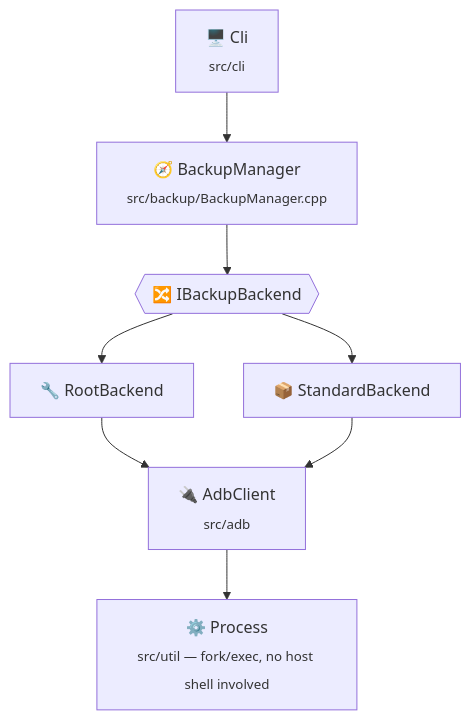
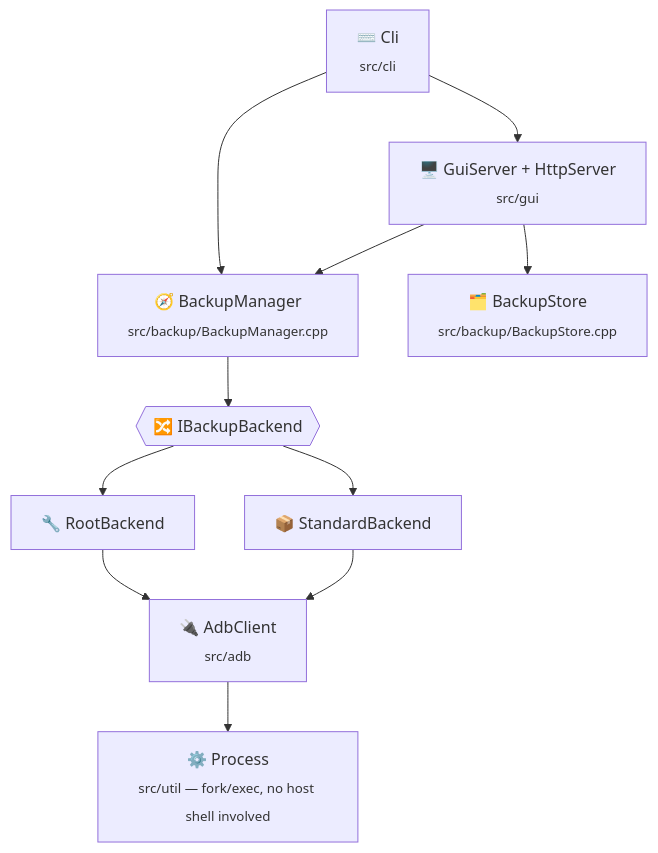
Before and after one commit to guillaume-behr/abp: the diagram in docs/ARCHITECTURE.md, drawn with Mermaid. The commit also changed other lines of this file and 22 other files, not shown here.

````diff
--- a/docs/ARCHITECTURE.md
+++ b/docs/ARCHITECTURE.md
@@ -6,17 +6,23 @@
 ```mermaid
 flowchart TB
-    CLI["🖥️ Cli<br/><sub>src/cli</sub>"]
+    CLI["⌨️ Cli<br/><sub>src/cli</sub>"]
+    GUI["🖥️ GuiServer + HttpServer<br/><sub>src/gui</sub>"]
+    STORE["🗂️ BackupStore<br/><sub>src/backup/BackupStore.cpp</sub>"]
     BM["🧭 BackupManager<br/><sub>src/backup/BackupManager.cpp</sub>"]
     IF{{"🔀 IBackupBackend"}}
     RB["🔧 RootBackend"]
     SB["📦 StandardBackend"]
     ADB["🔌 AdbClient<br/><sub>src/adb</sub>"]
     PROC["⚙️ Process<br/><sub>src/util — fork/exec, no host shell involved</sub>"]
 
-    CLI --> BM --> IF
+    CLI --> BM
+    CLI --> GUI
+    GUI --> BM
+    GUI --> STORE
+    BM --> IF
     IF --> RB
     IF --> SB
     RB --> ADB
     SB --> ADB
     ADB --> PROC
 ```
````
